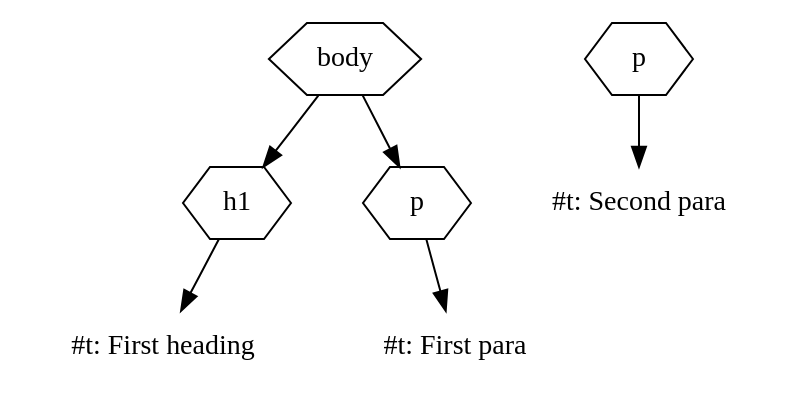
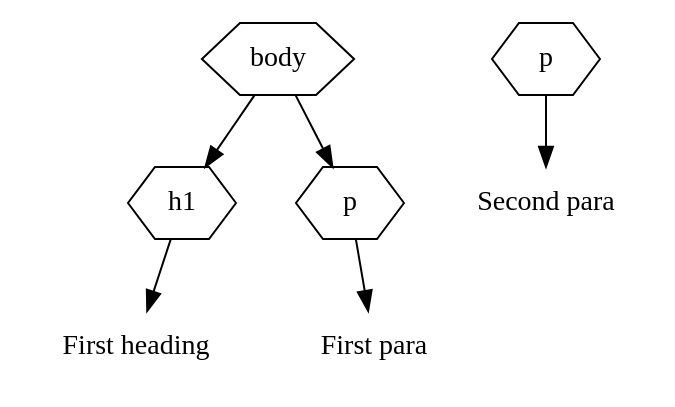
Before and after one commit to nikclayton/web-courseware: diagram 17 of 18 in courseware/week2/day1.org, drawn with Graphviz. The commit also changed other lines of this file and 53 other files, not shown here.

```diff
--- a/courseware/week2/day1.org
+++ b/courseware/week2/day1.org
@@ -2931,16 +3115,16 @@
 #+BEGIN_SRC dot :file dom-add-para-3.svg :cmdline -Tsvg -Gstylesheet=../graphviz.css
 digraph G {
   node [shape="hexagon"];
   body -> h1;
   h1 -> h1_content;
-  h1_content [label="#t: First heading" shape="none"];
+  h1_content [label="First heading" shape="none"];
 
   body -> p;
   p -> p1_content;
-  p1_content [label="#t: First para" shape="none"];
+  p1_content [label="First para" shape="none"];
 
   p2 [label="p"];
   p2 -> p2_content;
-  p2_content [label="#t: Second para" shape="none"];
+  p2_content [label="Second para" shape="none"];
 }
 #+END_SRC
```
